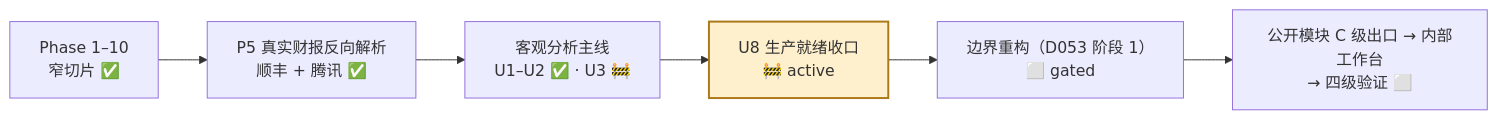
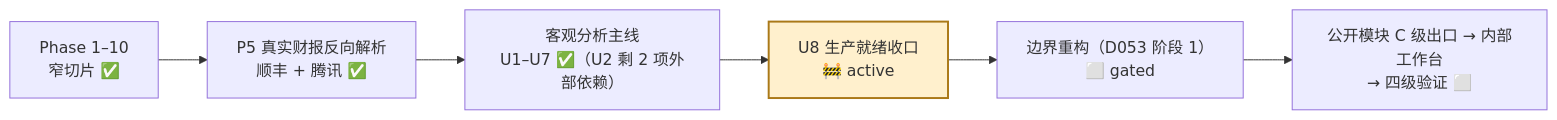
The sixth of 6 diagrams in README.md (davyzhong/FLOW), drawn with Mermaid before and after one commit. The commit also changed other lines of this file and 21 other files, not shown here.

````diff
--- a/README.md
+++ b/README.md
@@ -508,9 +507,9 @@
 ```mermaid
 flowchart LR
     A["Phase 1–10<br/>窄切片 ✅"] --> B["P5 真实财报反向解析<br/>顺丰 + 腾讯 ✅"]
-    B --> C["客观分析主线<br/>U1–U2 ✅ · U3 🚧"]
+    B --> C["客观分析主线<br/>U1–U7 ✅（U2 剩 2 项外部依赖）"]
     C --> D["U8 生产就绪收口<br/>🚧 active"]
     D --> E["边界重构（D053 阶段 1）<br/>⬜ gated"]
     E --> F["公开模块 C 级出口 → 内部工作台<br/>→ 四级验证 ⬜"]
     style D fill:#fff0cd,stroke:#aa7918,stroke-width:2px
 ```
````
